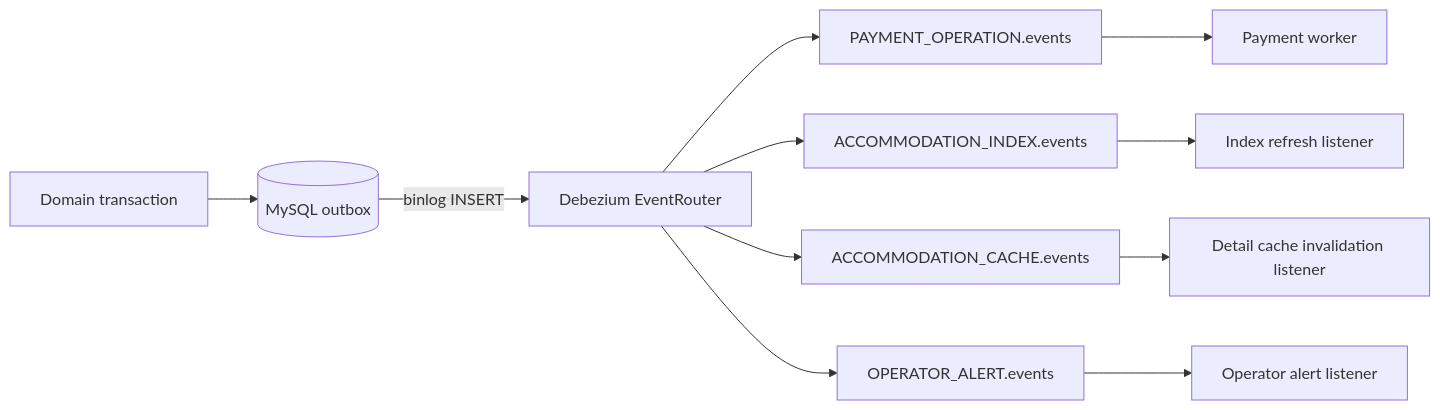
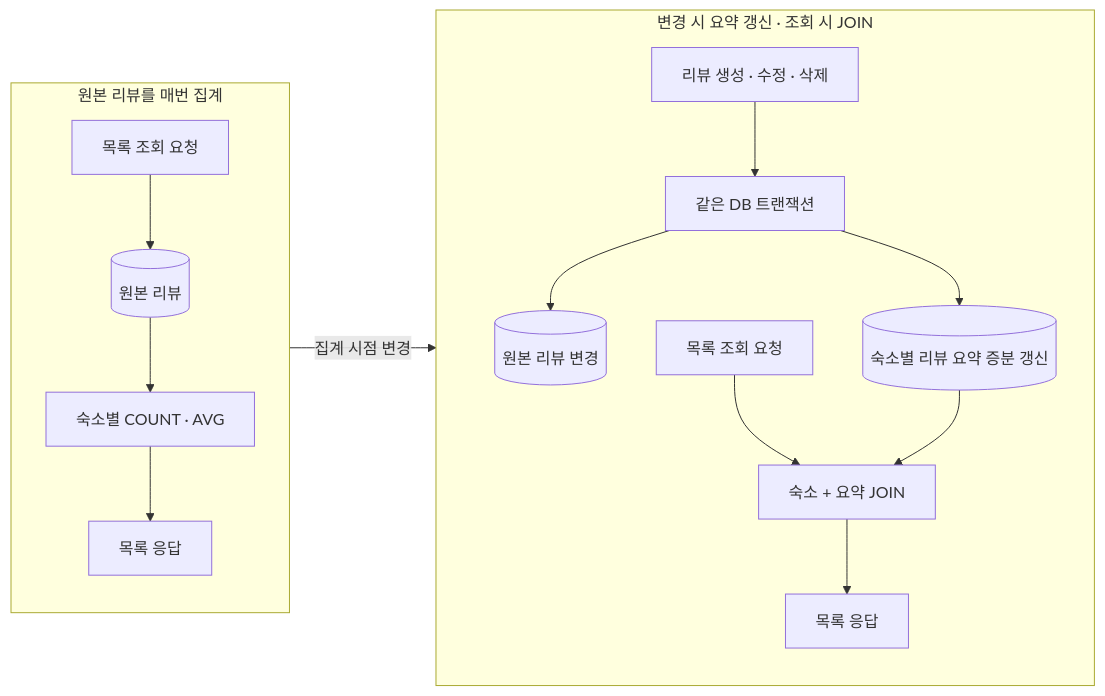
Before and after one commit to eeoos/airbob: the fourth of 5 diagrams in README.md, drawn with Mermaid. The commit also changed other lines of this file and 1 other file, not shown here.

````diff
--- a/README.md
+++ b/README.md
@@ -153,13 +124,19 @@
 ```mermaid
 flowchart LR
-    S["Domain transaction"] --> O[("MySQL outbox")]
-    O -->|binlog INSERT| D["Debezium EventRouter"]
-    D --> P["PAYMENT_OPERATION.events"]
-    D --> I["ACCOMMODATION_INDEX.events"]
-    D --> C["ACCOMMODATION_CACHE.events"]
-    D --> A["OPERATOR_ALERT.events"]
-    P --> PW["Payment worker"]
-    I --> IW["Index refresh listener"]
-    C --> CW["Detail cache invalidation listener"]
-    A --> AW["Operator alert listener"]
+    subgraph Before["원본 리뷰를 매번 집계"]
+        direction TB
+        BQ["목록 조회 요청"] --> BR[("원본 리뷰")]
+        BR --> BA["숙소별 COUNT · AVG"]
+        BA --> BO["목록 응답"]
+    end
+    subgraph After["변경 시 요약 갱신 · 조회 시 JOIN"]
+        direction TB
+        Change["리뷰 생성 · 수정 · 삭제"] --> TX["같은 DB 트랜잭션"]
+        TX --> AR[("원본 리뷰 변경")]
+        TX --> Summary[("숙소별 리뷰 요약 증분 갱신")]
+        AQ["목록 조회 요청"] --> Join["숙소 + 요약 JOIN"]
+        Summary --> Join
+        Join --> AO["목록 응답"]
+    end
+    Before -->|"집계 시점 변경"| After
 ```
````
